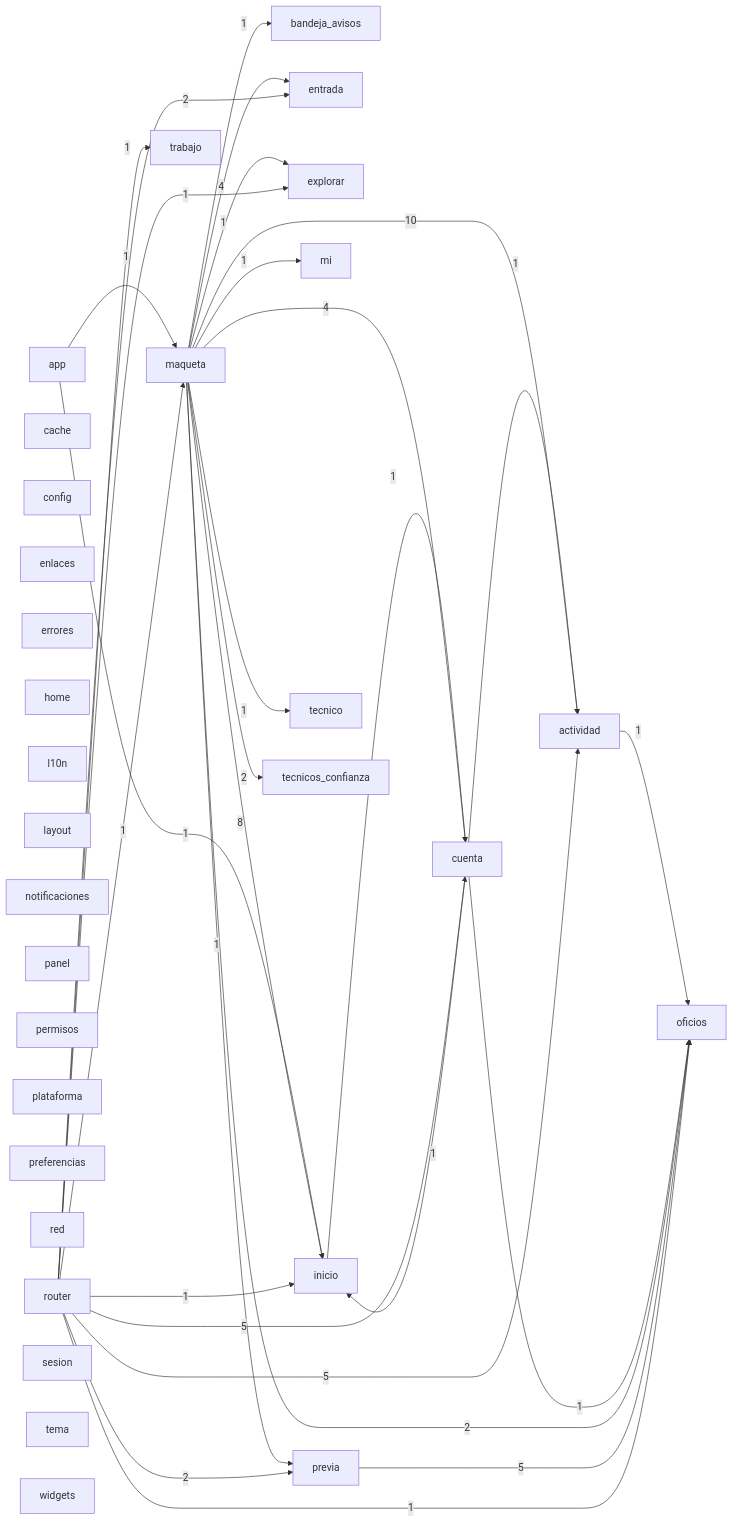
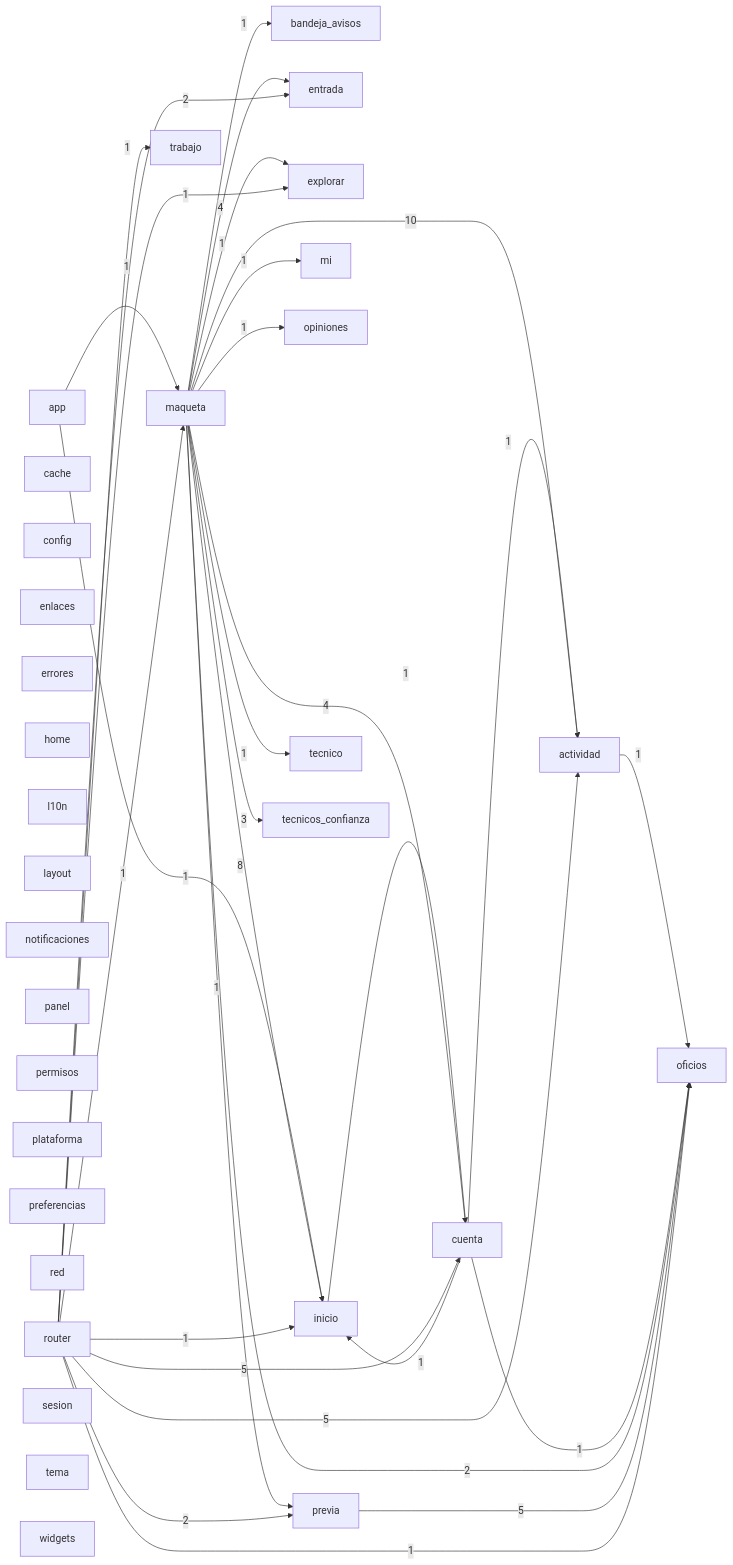
Before and after one commit to Tensei-Devs/knock-frontend: the diagram in docs/architecture/modules.mmd, drawn with Mermaid. The commit also changed 27 other files, not shown here.

```diff
--- a/docs/architecture/modules.mmd
+++ b/docs/architecture/modules.mmd
@@ -1,60 +1,62 @@
 graph LR
   actividad["actividad"]
   app["app"]
   bandeja_avisos["bandeja_avisos"]
   cache["cache"]
   config["config"]
   cuenta["cuenta"]
   enlaces["enlaces"]
   entrada["entrada"]
   errores["errores"]
   explorar["explorar"]
   home["home"]
   inicio["inicio"]
   l10n["l10n"]
   layout["layout"]
   maqueta["maqueta"]
   mi["mi"]
   notificaciones["notificaciones"]
   oficios["oficios"]
+  opiniones["opiniones"]
   panel["panel"]
   permisos["permisos"]
   plataforma["plataforma"]
   preferencias["preferencias"]
   previa["previa"]
   red["red"]
   router["router"]
   sesion["sesion"]
   tecnico["tecnico"]
   tecnicos_confianza["tecnicos_confianza"]
   tema["tema"]
   trabajo["trabajo"]
   widgets["widgets"]
   actividad -->|1| oficios
   app -->|1| inicio
   app -->|1| maqueta
   cuenta -->|1| actividad
   cuenta -->|1| inicio
   cuenta -->|1| oficios
   inicio -->|1| cuenta
   maqueta -->|10| actividad
   maqueta -->|1| bandeja_avisos
   maqueta -->|4| cuenta
   maqueta -->|4| entrada
   maqueta -->|1| explorar
   maqueta -->|8| inicio
   maqueta -->|1| mi
   maqueta -->|2| oficios
+  maqueta -->|1| opiniones
   maqueta -->|1| previa
   maqueta -->|1| tecnico
-  maqueta -->|2| tecnicos_confianza
+  maqueta -->|3| tecnicos_confianza
   previa -->|5| oficios
   router -->|5| actividad
   router -->|5| cuenta
   router -->|2| entrada
   router -->|1| explorar
   router -->|1| inicio
   router -->|1| maqueta
   router -->|1| oficios
   router -->|2| previa
   router -->|1| trabajo
```
